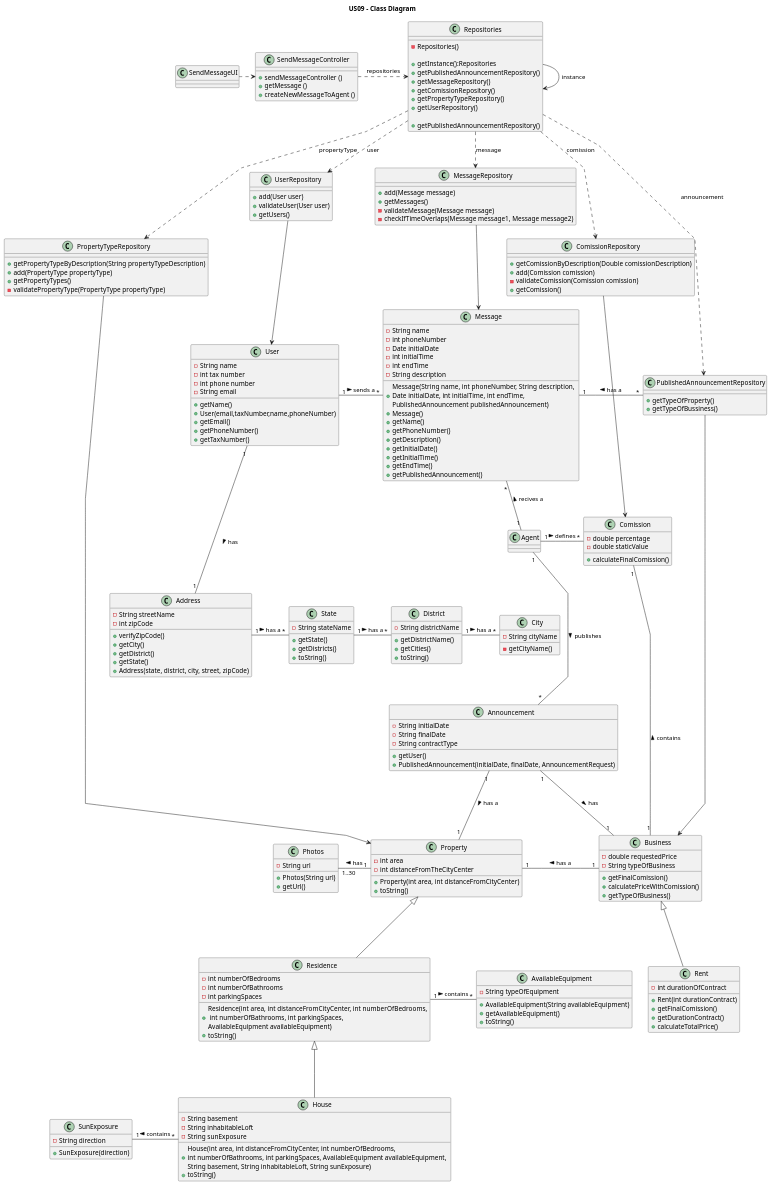
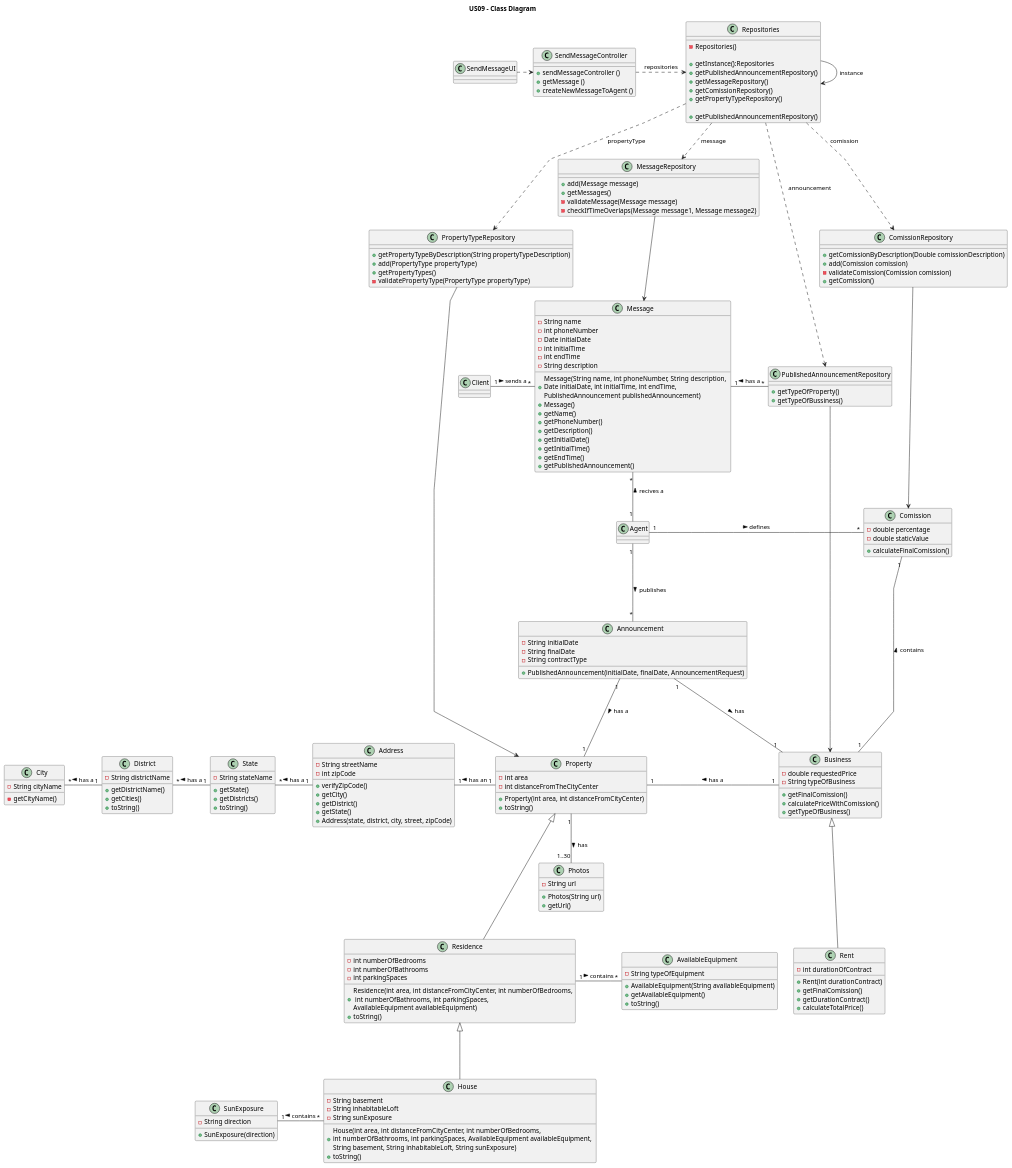
Before and after one commit to PureNimble/ISEP-LAPR2: the diagram in docs/sprintC/US09/03.design/puml/us09-class-diagram.puml, drawn with PlantUML. The commit also changed 2 other files, not shown here.

Commit message:
US 09 - Class Diagram and Domain Model Update

```diff
--- a/docs/sprintC/US09/03.design/puml/us09-class-diagram.puml
+++ b/docs/sprintC/US09/03.design/puml/us09-class-diagram.puml
@@ -29,7 +29,7 @@
 +getMessageRepository()
 +getComissionRepository()
 +getPropertyTypeRepository()
-+getUserRepository()
+'+getUserRepository()
 
 }
 
@@ -47,11 +47,11 @@
     -validatePropertyType(PropertyType propertyType)
 }
 
-class UserRepository{
-+add(User user)
-+validateUser(User user)
-+getUsers()
-}
+'class UserRepository{
+'+add(User user)
+'+validateUser(User user)
+'+getUsers()
+'}
 
 class ComissionRepository{
 +getComissionByDescription(Double comissionDescription)
@@ -139,17 +139,20 @@
 
 
 
-class User{
--String name
--int tax number
--int phone number
--String email
+'class User{
+'-String name
+'-int tax number
+'-int phone number
+'-String email
+'
+'+getName()
+'+User(email,taxNumber,name,phoneNumber)
+'+getEmail()
+'+getPhoneNumber()
+'+getTaxNumber()
+'}
 
-+getName()
-+User(email,taxNumber,name,phoneNumber)
-+getEmail()
-+getPhoneNumber()
-+getTaxNumber()
+class Client{
 }
 
 
@@ -214,7 +217,6 @@
     - String finalDate
     - String contractType
 
-    +getUser()
     +PublishedAnnouncement(initialDate, finalDate, AnnouncementRequest)
 }
 
@@ -236,7 +238,7 @@
 
 SendMessageController .> Repositories : repositories
 Repositories --> Repositories :instance
-Repositories ..> UserRepository : user
+'Repositories ..> UserRepository : user
 Repositories ..> ComissionRepository : comission
 Repositories ..> PublishedAnnouncementRepository : announcement
 Repositories ..> PropertyTypeRepository : propertyType
@@ -251,20 +253,21 @@
 PropertyTypeRepository --> Property
 Residence <|-down-- House
 Property <|-down-- Residence
-Property "1" -left- "1..30" Photos: has >
+Property "1" -- "1..30" Photos: has >
 SunExposure "1" --right- "*" House: contains <
 AvailableEquipment "*" -left- "1" Residence: contains <
 
 
 
 
-State "*"-left- "1" Address: has a  <
-City "*"-left- "1" District: has a  <
-District "*"-left- "1" State: has a  <
-User "1" --- "1" Address: has >
-UserRepository --> User
+State "*"-right- "1" Address: has a  <
+City "*"-right- "1" District: has a  <
+District "*"-right- "1" State: has a  <
+Property "1" -left- "1" Address: has an >
+'User "1" --- "1" Address: has >
+'UserRepository --> User
 PublishedAnnouncementRepository --> Business
-User "1"-right-"*" Message : sends a >
+Client "1"-right-"*" Message : sends a >
 
 
 ComissionRepository -down-> Comission
```
